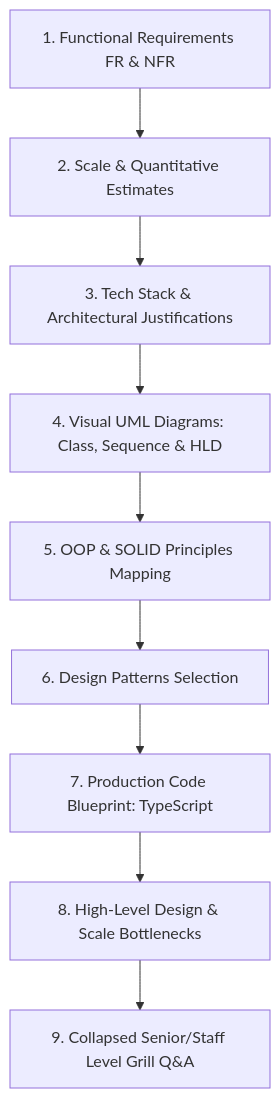
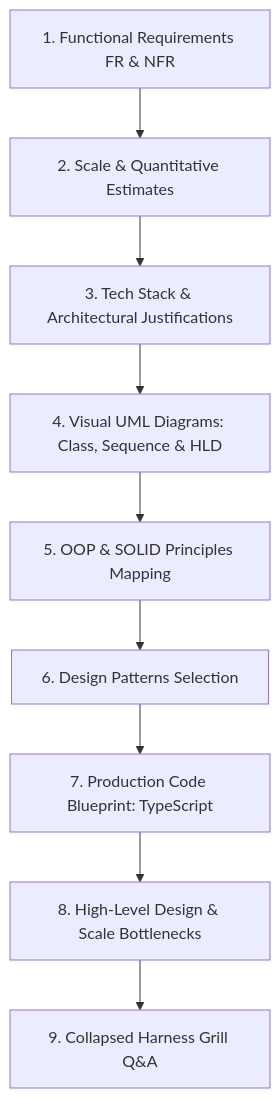
The diagram in Prep/07-Problem-Bank/Communication & Messaging/README.md (kumaratul60/System-Design), drawn with Mermaid before and after one commit. The commit also changed other lines of this file and 97 other files, not shown here.

````diff
--- a/Prep/07-Problem-Bank/Communication & Messaging/README.md
+++ b/Prep/07-Problem-Bank/Communication & Messaging/README.md
@@ -23,11 +23,11 @@
 ```mermaid
 flowchart TD
     Step1[1. Functional Requirements FR & NFR] --> Step2[2. Scale & Quantitative Estimates]
     Step2 --> Step3[3. Tech Stack & Architectural Justifications]
     Step3 --> Step4[4. Visual UML Diagrams: Class, Sequence & HLD]
     Step4 --> Step5[5. OOP & SOLID Principles Mapping]
     Step5 --> Step6[6. Design Patterns Selection]
     Step6 --> Step7[7. Production Code Blueprint: TypeScript]
     Step7 --> Step8[8. High-Level Design & Scale Bottlenecks]
-    Step8 --> Step9[9. Collapsed Senior/Staff Level Grill Q&A]
+    Step8 --> Step9[9. Collapsed Harness Grill Q&A]
 ```
````
